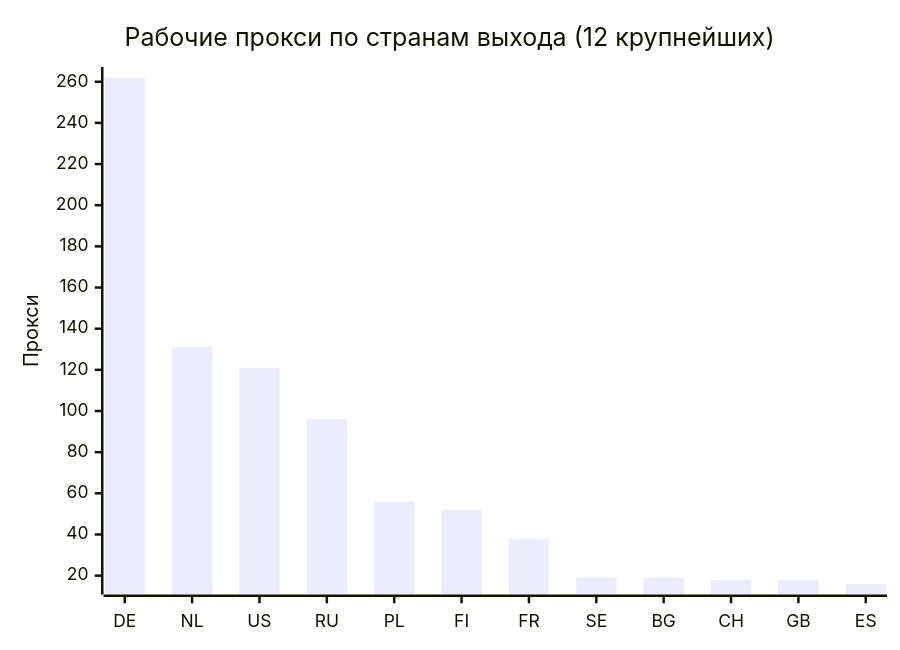
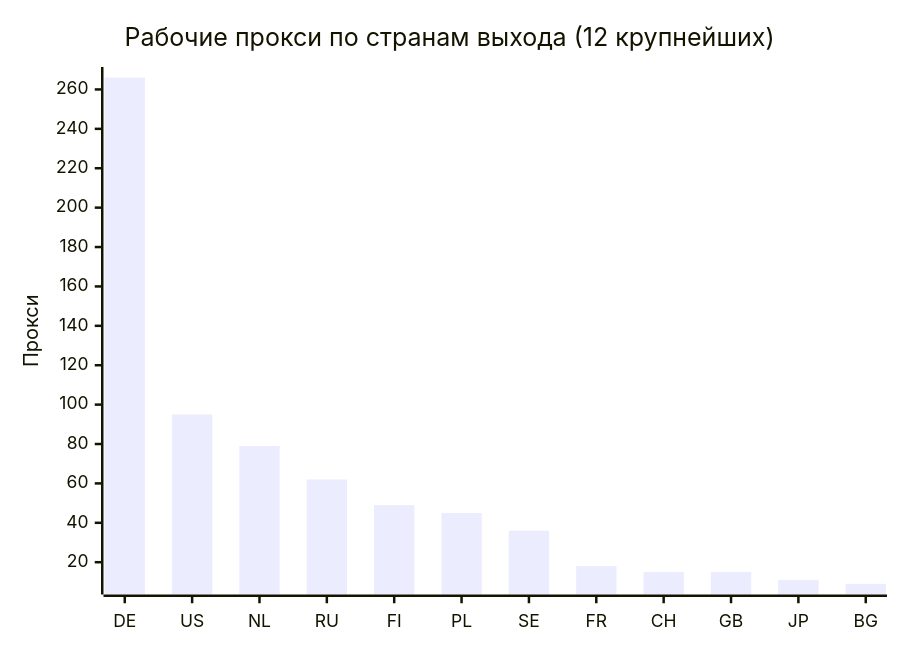
One commit to rvvg/proxy-subs changed the second of 4 diagrams in README.md. Above: the diagram before and after it, drawn with Mermaid. The commit also changed other lines of this file and 45 other files, not shown here.

````diff
--- a/README.md
+++ b/README.md
@@ -128,7 +125,7 @@
 ```mermaid
 xychart-beta
     title "Рабочие прокси по странам выхода (12 крупнейших)"
-    x-axis ["DE", "NL", "US", "RU", "PL", "FI", "FR", "SE", "BG", "CH", "GB", "ES"]
+    x-axis ["DE", "US", "NL", "RU", "FI", "PL", "SE", "FR", "CH", "GB", "JP", "BG"]
     y-axis "Прокси"
-    bar [262, 131, 121, 96, 56, 52, 38, 19, 19, 18, 18, 16]
+    bar [266, 95, 79, 62, 49, 45, 36, 18, 15, 15, 11, 9]
 ```
````
